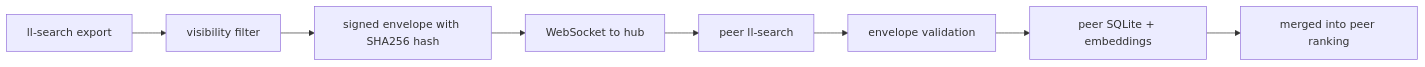
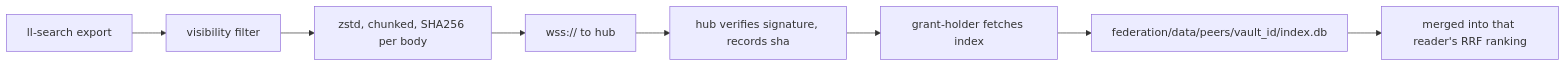
One commit to robinslange/learning-loop changed the third of 4 diagrams in ARCHITECTURE.md. Above: the diagram before and after it, drawn with Mermaid. The commit also changed other lines of this file and 3 other files, not shown here.

````diff
--- a/ARCHITECTURE.md
+++ b/ARCHITECTURE.md
@@ -141,10 +143,10 @@
 ```mermaid
 flowchart LR
   A[ll-search export] --> B[visibility filter]
-  B --> C[signed envelope with SHA256 hash]
-  C --> D[WebSocket to hub]
-  D --> E[peer ll-search]
-  E --> F[envelope validation]
-  F --> G[peer SQLite + embeddings]
-  G --> H[merged into peer ranking]
+  B --> C[zstd, chunked, SHA256 per body]
+  C --> D[wss:// to hub]
+  D --> E[hub verifies signature, records sha]
+  E --> F[grant-holder fetches index]
+  F --> G[federation/data/peers/vault_id/index.db]
+  G --> H[merged into that reader's RRF ranking]
 ```
````
